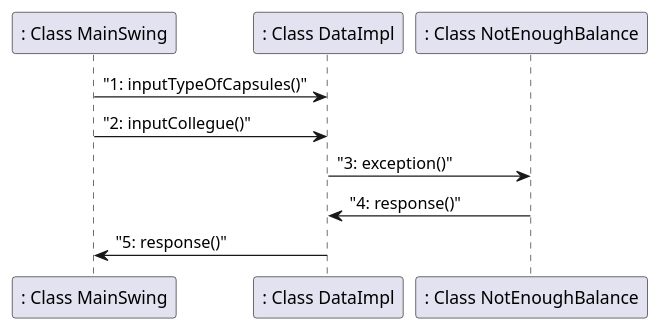
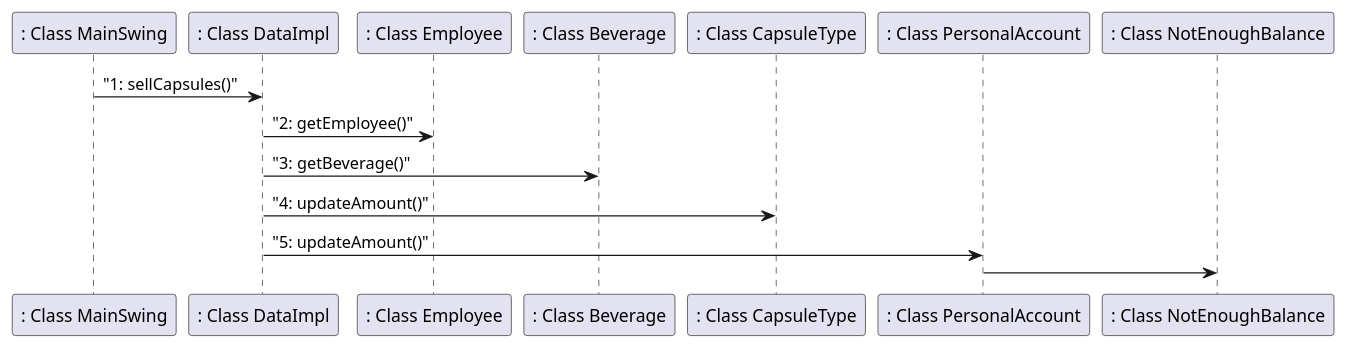
One commit to salvatore-dimartino/LaTazza changed the seventh of 7 diagrams in templates/DesignDocumentTemplate.md. Above: the diagram before and after it, drawn with PlantUML. The commit also changed other lines of this file, not shown here.

````diff
--- a/templates/DesignDocumentTemplate.md
+++ b/templates/DesignDocumentTemplate.md
@@ -290,7 +293,8 @@
 ```plantuml
-": Class MainSwing" -> ": Class DataImpl": "1: inputTypeOfCapsules()"
-": Class MainSwing" -> ": Class DataImpl": "2: inputCollegue()"
-": Class DataImpl" -> ": Class NotEnoughBalance": "3: exception()"
-": Class NotEnoughBalance" -> ": Class DataImpl": "4: response()"
-": Class DataImpl" -> ": Class MainSwing": "5: response()"
+": Class MainSwing" -> ": Class DataImpl": "1: sellCapsules()"
+": Class DataImpl" -> ": Class Employee": "2: getEmployee()"
+": Class DataImpl" -> ": Class Beverage": "3: getBeverage()"
+": Class DataImpl" -> ": Class CapsuleType": "4: updateAmount()"
+": Class DataImpl" -> ": Class PersonalAccount": "5: updateAmount()"
+": Class PersonalAccount" -> ": Class NotEnoughBalance"
 ```
````
